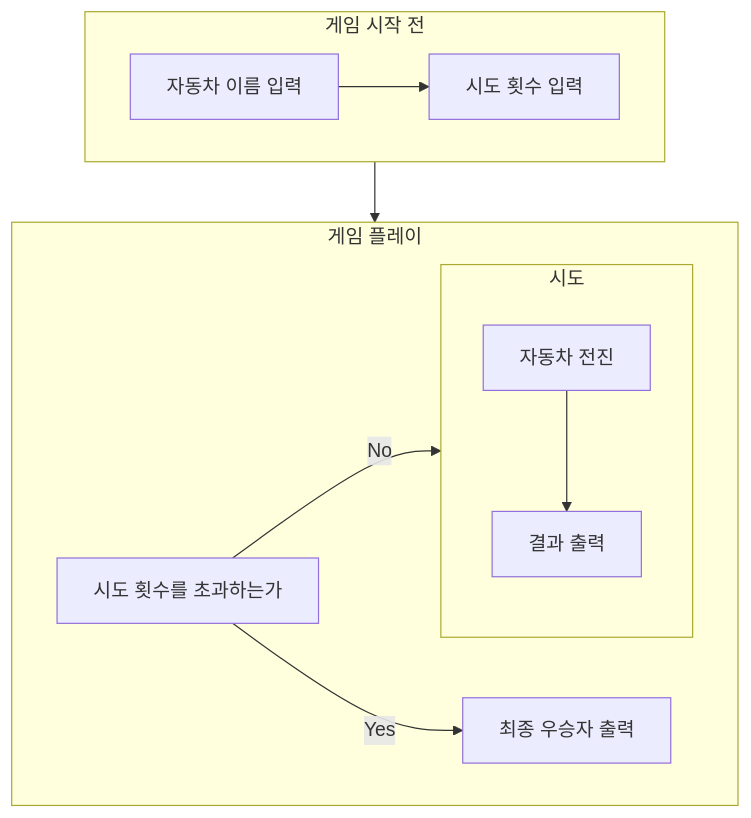
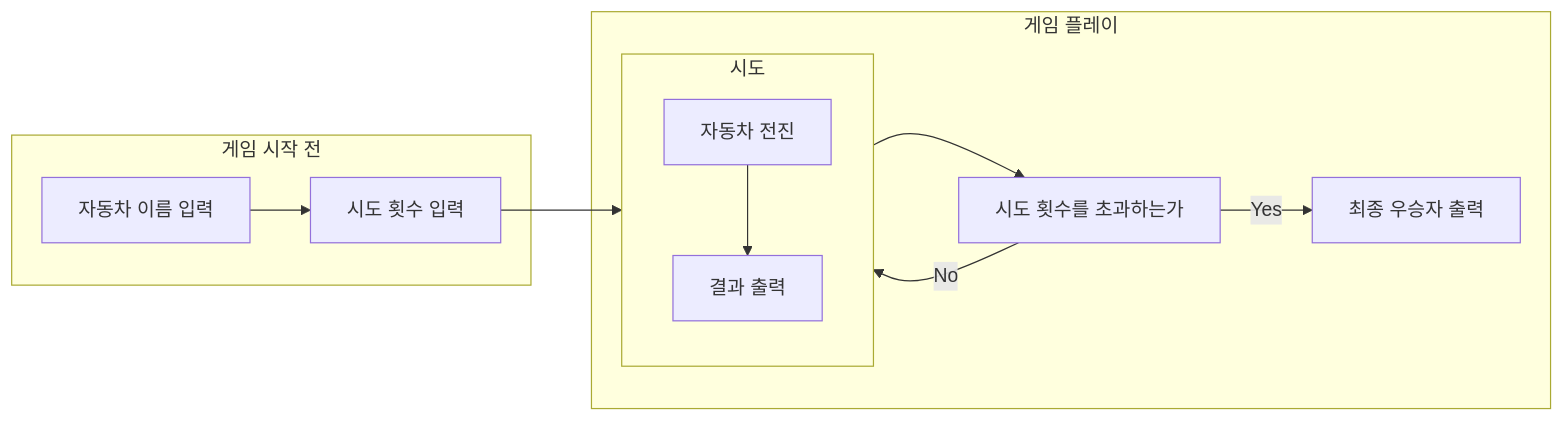
One commit to songsunkook/java-racingcar-playground changed the diagram in README.md. Above: the diagram before and after it, drawn with Mermaid.

Commit message:
FlowChart 수정

````diff
--- a/README.md
+++ b/README.md
@@ -5,16 +5,17 @@
 ```mermaid
-flowchart TD
+flowchart LR
     subgraph beforeGame[게임 시작 전]
         inputCarNames[자동차 이름 입력] --> inputTryCount[시도 횟수 입력]    
     end
-    beforeGame --> onGame
+    inputTryCount --> Loop
     subgraph onGame[게임 플레이]
         subgraph Loop[시도]
             straight[자동차 전진] --> printResult[결과 출력]
         end
         
         isTryCountFull[시도 횟수를 초과하는가] --> |No|Loop
+        Loop --> isTryCountFull
         isTryCountFull --> |Yes|printFinalResult[최종 우승자 출력]
     end
     
 ```
````
